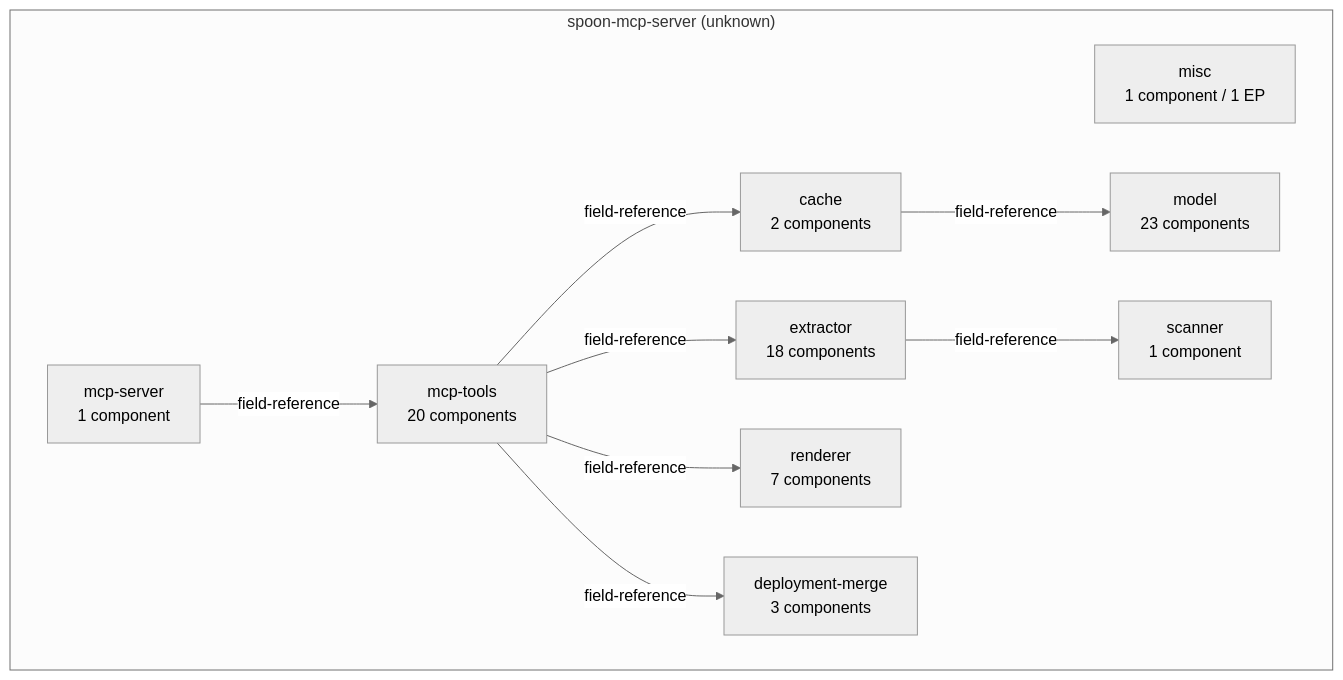
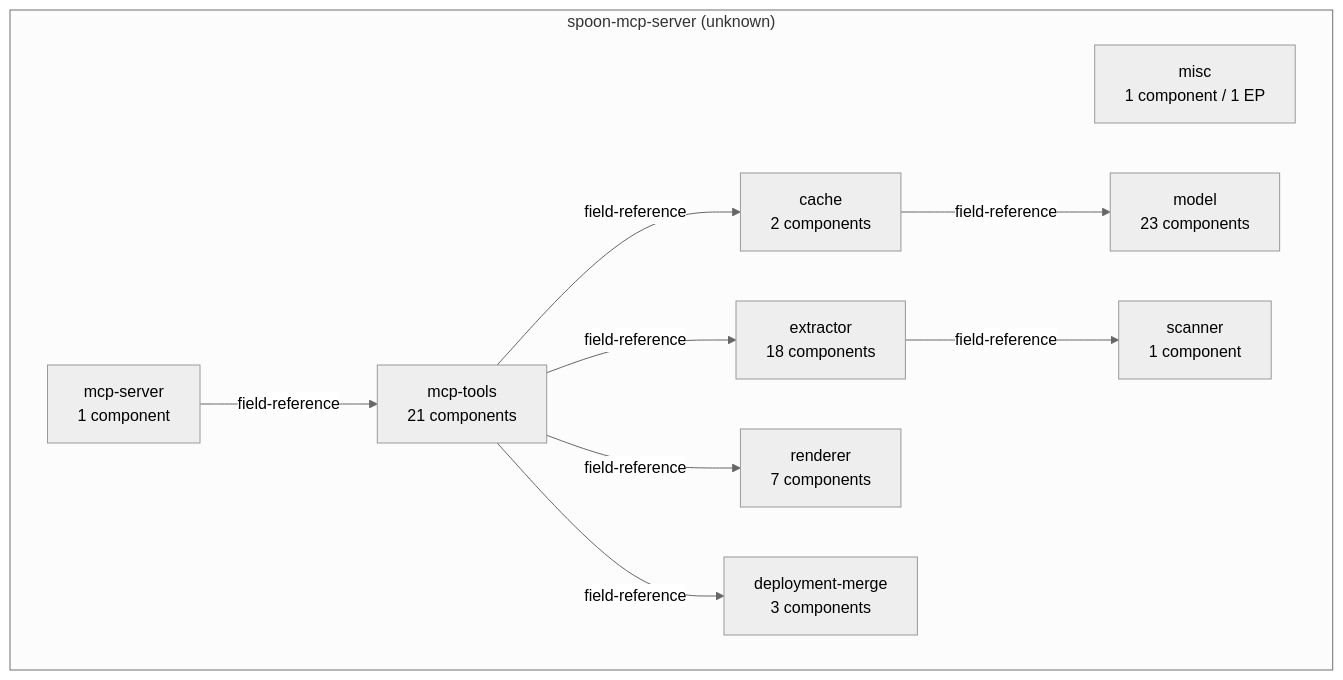
Before and after one commit to DerPate/archlens: the third of 5 diagrams in docs/ARCHITECTURE.md, drawn with Mermaid (neutral theme). The commit also changed other lines of this file and 31 other files, not shown here.

````diff
--- a/docs/ARCHITECTURE.md
+++ b/docs/ARCHITECTURE.md
@@ -398,21 +400,21 @@
 ```mermaid
 flowchart TD
     subgraph app_spoon_mcp_server["spoon-mcp-server (unknown)"]
         container_app_spoon_mcp_server_misc["misc\n1 component / 1 EP"]
         container_app_spoon_mcp_server_cache["cache\n2 components"]
         container_app_spoon_mcp_server_extractor["extractor\n18 components"]
         container_app_spoon_mcp_server_mcp_server["mcp-server\n1 component"]
-        container_app_spoon_mcp_server_mcp_tools["mcp-tools\n20 components"]
+        container_app_spoon_mcp_server_mcp_tools["mcp-tools\n21 components"]
         container_app_spoon_mcp_server_deployment_merge["deployment-merge\n3 components"]
         container_app_spoon_mcp_server_model["model\n23 components"]
         container_app_spoon_mcp_server_renderer["renderer\n7 components"]
         container_app_spoon_mcp_server_scanner["scanner\n1 component"]
     end
     container_app_spoon_mcp_server_cache -->|field-reference| container_app_spoon_mcp_server_model
     container_app_spoon_mcp_server_extractor -->|field-reference| container_app_spoon_mcp_server_scanner
     container_app_spoon_mcp_server_mcp_server -->|field-reference| container_app_spoon_mcp_server_mcp_tools
     container_app_spoon_mcp_server_mcp_tools -->|field-reference| container_app_spoon_mcp_server_cache
     container_app_spoon_mcp_server_mcp_tools -->|field-reference| container_app_spoon_mcp_server_extractor
     container_app_spoon_mcp_server_mcp_tools -->|field-reference| container_app_spoon_mcp_server_renderer
     container_app_spoon_mcp_server_mcp_tools -->|field-reference| container_app_spoon_mcp_server_deployment_merge
 ```
````
